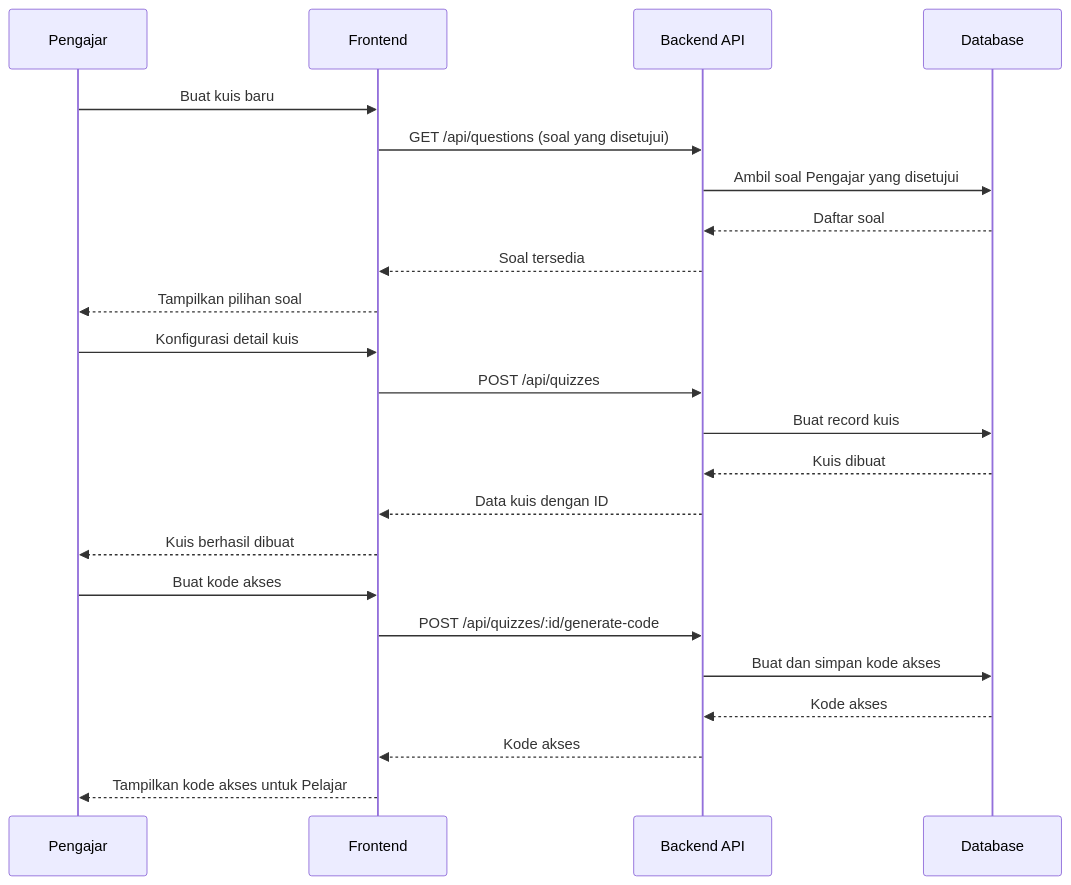
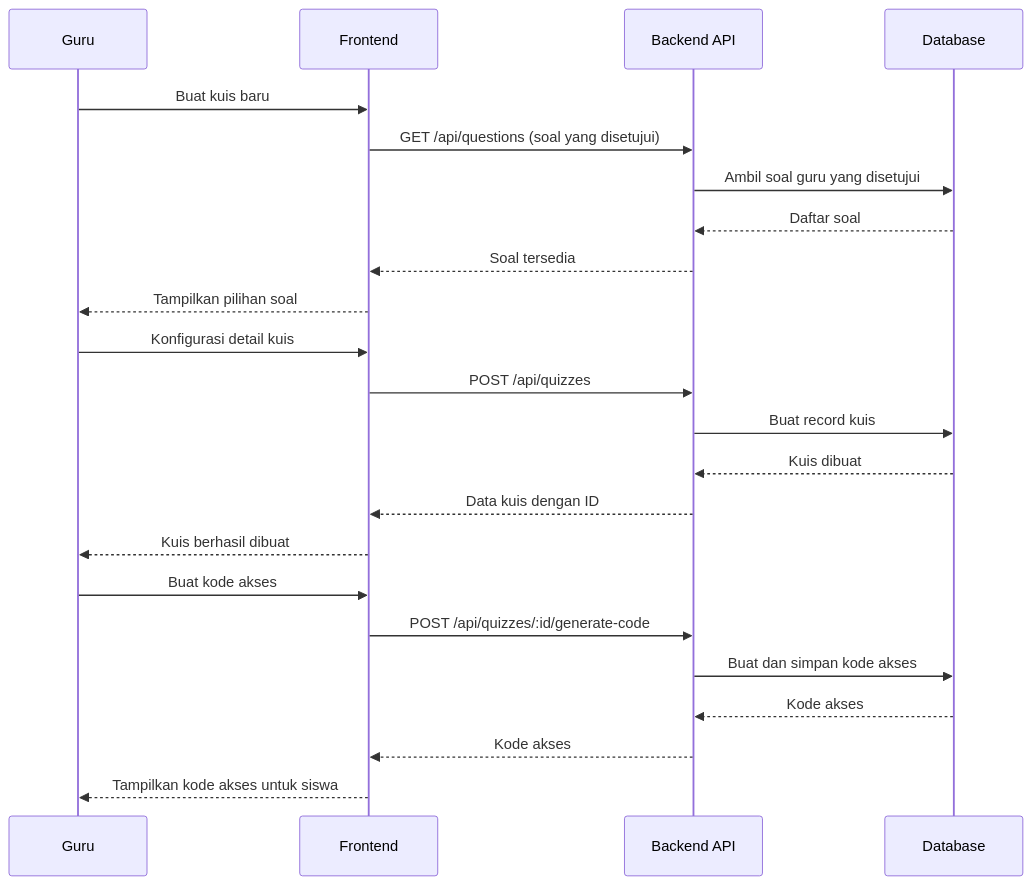
One commit to jonito2005/exam-expert-ai-docs changed the fourth of 8 diagrams in sequence-diagrams.md. Above: the diagram before and after it, drawn with Mermaid. The commit also changed other lines of this file and 4 other files, not shown here.

````diff
--- a/sequence-diagrams.md
+++ b/sequence-diagrams.md
@@ -128,28 +141,28 @@
 ```mermaid
 sequenceDiagram
-    participant T as Pengajar
+    participant T as Guru
     participant F as Frontend
     participant API as Backend API
     participant DB as Database
 
     T->>F: Buat kuis baru
     F->>API: GET /api/questions (soal yang disetujui)
-    API->>DB: Ambil soal Pengajar yang disetujui
+    API->>DB: Ambil soal guru yang disetujui
     DB-->>API: Daftar soal
     API-->>F: Soal tersedia
     F-->>T: Tampilkan pilihan soal
 
     T->>F: Konfigurasi detail kuis
     F->>API: POST /api/quizzes
     API->>DB: Buat record kuis
     DB-->>API: Kuis dibuat
     API-->>F: Data kuis dengan ID
     F-->>T: Kuis berhasil dibuat
 
     T->>F: Buat kode akses
     F->>API: POST /api/quizzes/:id/generate-code
     API->>DB: Buat dan simpan kode akses
     DB-->>API: Kode akses
     API-->>F: Kode akses
-    F-->>T: Tampilkan kode akses untuk Pelajar
+    F-->>T: Tampilkan kode akses untuk siswa
 ```
````
